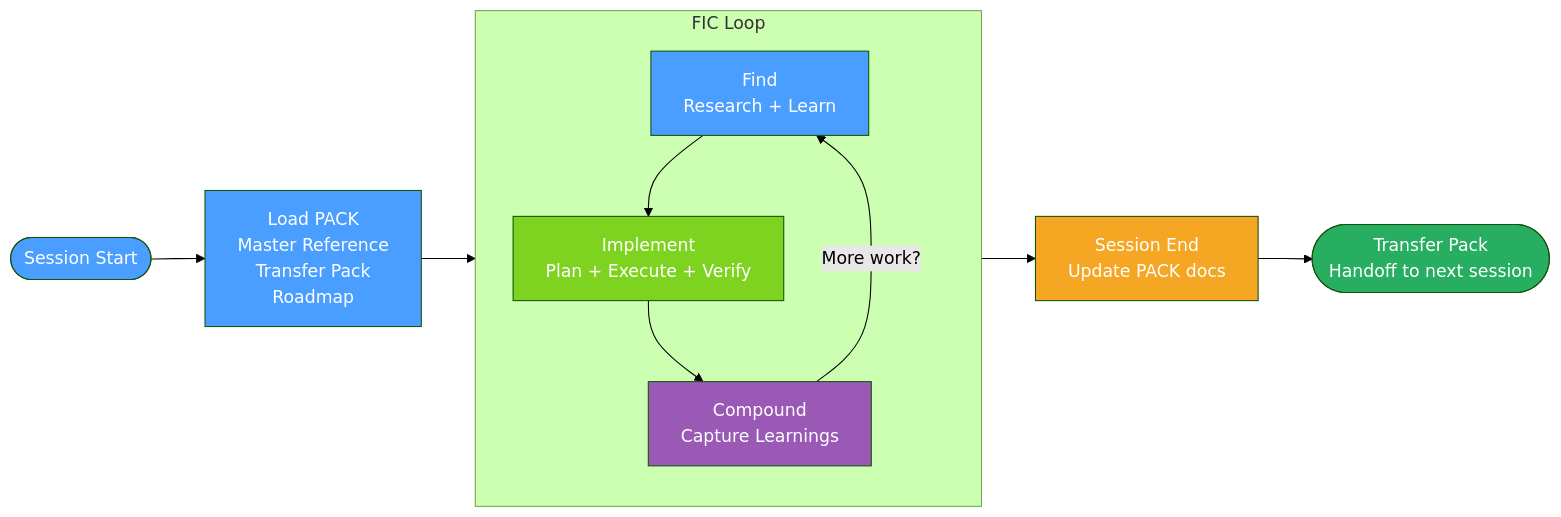
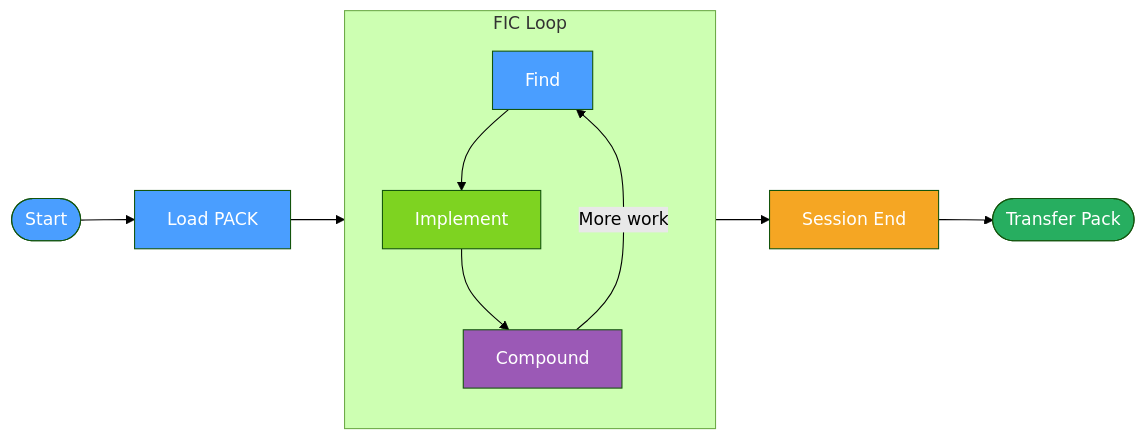
One commit to Alaslani/AI-Framework changed the diagram in docs/diagrams/session-lifecycle.md. Above: the diagram before and after it, drawn with Mermaid (forest theme). The commit also changed 7 other files, not shown here.

First line of the commit message:
fix(diagrams): simplify Mermaid diagrams for GitHub rendering

````diff
--- a/docs/diagrams/session-lifecycle.md
+++ b/docs/diagrams/session-lifecycle.md
@@ -5,24 +5,23 @@
 ```mermaid
 flowchart LR
-    START([Session Start]) --> LOAD[Load PACK\nMaster Reference\nTransfer Pack\nRoadmap]
-
+    START([Start]) --> LOAD[Load PACK]
     LOAD --> FIC
 
     subgraph FIC [FIC Loop]
         direction TB
-        F[Find\nResearch + Learn] --> I[Implement\nPlan + Execute + Verify]
-        I --> C[Compound\nCapture Learnings]
-        C -->|More work?| F
+        F[Find] --> I[Implement]
+        I --> C[Compound]
+        C -->|More work| F
     end
 
-    FIC --> END_SESSION[Session End\nUpdate PACK docs]
-    END_SESSION --> TP([Transfer Pack\nHandoff to next session])
+    FIC --> END_SESSION[Session End]
+    END_SESSION --> TP([Transfer Pack])
 
     style START fill:#4a9eff,color:#fff
     style LOAD fill:#4a9eff,color:#fff
     style F fill:#4a9eff,color:#fff
     style I fill:#7ed321,color:#fff
     style C fill:#9b59b6,color:#fff
     style END_SESSION fill:#f5a623,color:#fff
     style TP fill:#27ae60,color:#fff
 ```
````
